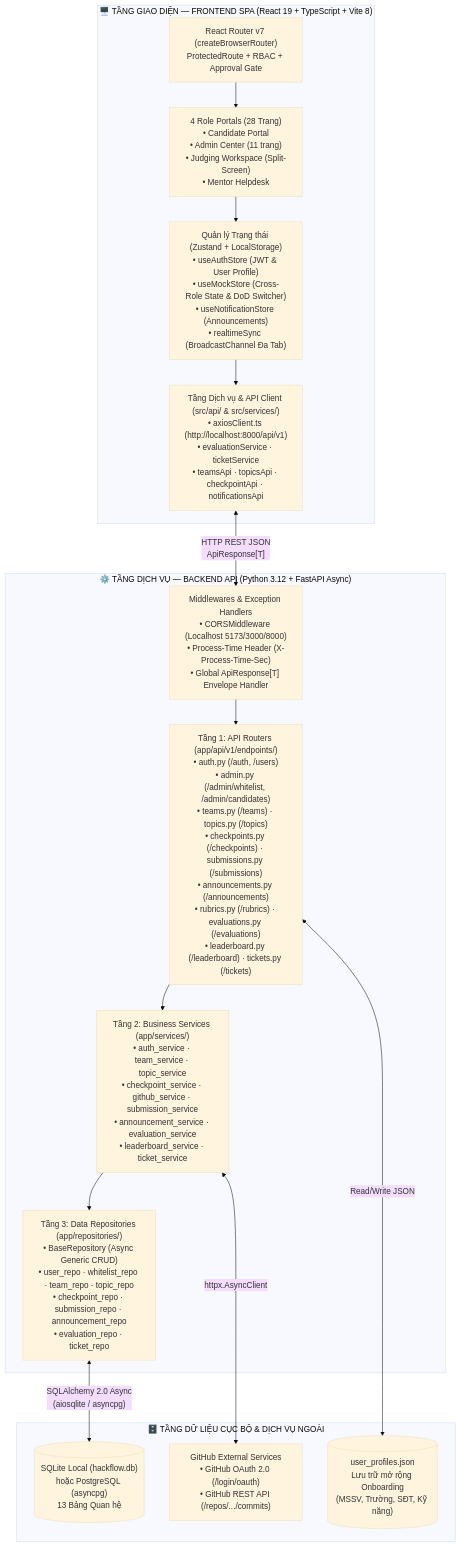
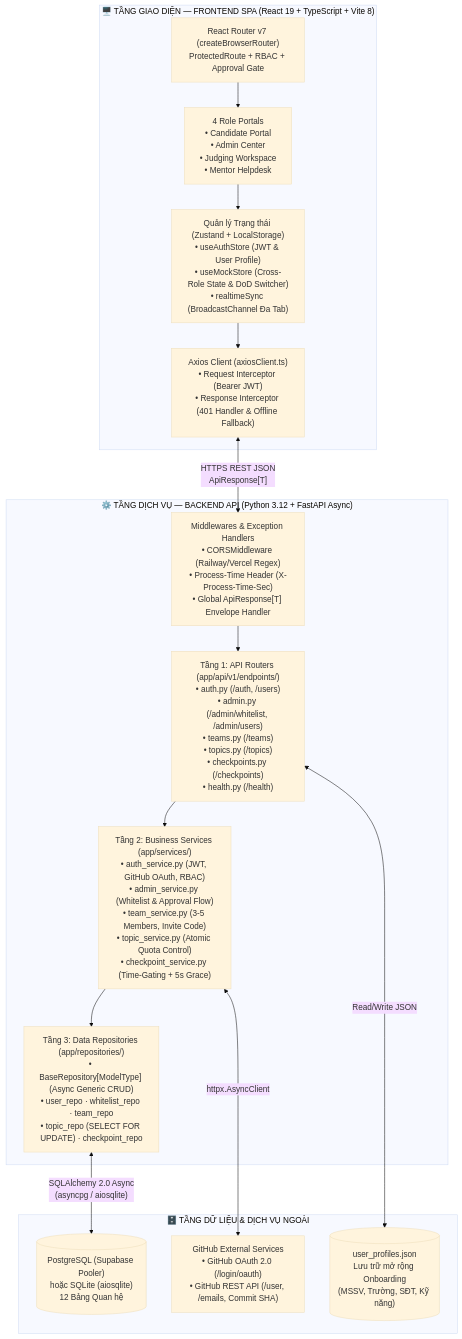
One commit to minhlt6/HackFlow changed the first of 2 diagrams in docs/backend/system-architecture.md. Above: the diagram before and after it, drawn with Mermaid (base theme). The commit also changed other lines of this file and 5 other files, not shown here.

Commit message:
docs(uat,ui-ux): sync HF-38 UAT test cases, UI design system spec, slide deck and update architecture docs

````diff
--- a/docs/backend/system-architecture.md
+++ b/docs/backend/system-architecture.md
@@ -22,29 +22,29 @@
 ```mermaid
 flowchart TB
     subgraph ClientLayer["🖥️ TẦNG GIAO DIỆN — FRONTEND SPA (React 19 + TypeScript + Vite 8)"]
         Router["React Router v7 (createBrowserRouter)\nProtectedRoute + RBAC + Approval Gate"]
-        Portals["4 Role Portals (28 Trang)\n• Candidate Portal\n• Admin Center (11 trang)\n• Judging Workspace (Split-Screen)\n• Mentor Helpdesk"]
-        State["Quản lý Trạng thái (Zustand + LocalStorage)\n• useAuthStore (JWT & User Profile)\n• useMockStore (Cross-Role State & DoD Switcher)\n• useNotificationStore (Announcements)\n• realtimeSync (BroadcastChannel Đa Tab)"]
-        APIClient["Tầng Dịch vụ & API Client (src/api/ & src/services/)\n• axiosClient.ts (http://localhost:8000/api/v1)\n• evaluationService · ticketService\n• teamsApi · topicsApi · checkpointApi · notificationsApi"]
+        Portals["4 Role Portals\n• Candidate Portal\n• Admin Center\n• Judging Workspace\n• Mentor Helpdesk"]
+        State["Quản lý Trạng thái (Zustand + LocalStorage)\n• useAuthStore (JWT & User Profile)\n• useMockStore (Cross-Role State & DoD Switcher)\n• realtimeSync (BroadcastChannel Đa Tab)"]
+        APIClient["Axios Client (axiosClient.ts)\n• Request Interceptor (Bearer JWT)\n• Response Interceptor (401 Handler & Offline Fallback)"]
         Router --> Portals --> State --> APIClient
     end
 
     subgraph BackendLayer["⚙️ TẦNG DỊCH VỤ — BACKEND API (Python 3.12 + FastAPI Async)"]
-        Middleware["Middlewares & Exception Handlers\n• CORSMiddleware (Localhost 5173/3000/8000)\n• Process-Time Header (X-Process-Time-Sec)\n• Global ApiResponse[T] Envelope Handler"]
-        Routers["Tầng 1: API Routers (app/api/v1/endpoints/)\n• auth.py (/auth, /users)\n• admin.py (/admin/whitelist, /admin/candidates)\n• teams.py (/teams) · topics.py (/topics)\n• checkpoints.py (/checkpoints) · submissions.py (/submissions)\n• announcements.py (/announcements)\n• rubrics.py (/rubrics) · evaluations.py (/evaluations)\n• leaderboard.py (/leaderboard) · tickets.py (/tickets)"]
-        Services["Tầng 2: Business Services (app/services/)\n• auth_service · team_service · topic_service\n• checkpoint_service · github_service · submission_service\n• announcement_service · evaluation_service\n• leaderboard_service · ticket_service"]
-        Repos["Tầng 3: Data Repositories (app/repositories/)\n• BaseRepository (Async Generic CRUD)\n• user_repo · whitelist_repo · team_repo · topic_repo\n• checkpoint_repo · submission_repo · announcement_repo\n• evaluation_repo · ticket_repo"]
+        Middleware["Middlewares & Exception Handlers\n• CORSMiddleware (Railway/Vercel Regex)\n• Process-Time Header (X-Process-Time-Sec)\n• Global ApiResponse[T] Envelope Handler"]
+        Routers["Tầng 1: API Routers (app/api/v1/endpoints/)\n• auth.py (/auth, /users)\n• admin.py (/admin/whitelist, /admin/users)\n• teams.py (/teams)\n• topics.py (/topics)\n• checkpoints.py (/checkpoints)\n• health.py (/health)"]
+        Services["Tầng 2: Business Services (app/services/)\n• auth_service.py (JWT, GitHub OAuth, RBAC)\n• admin_service.py (Whitelist & Approval Flow)\n• team_service.py (3-5 Members, Invite Code)\n• topic_service.py (Atomic Quota Control)\n• checkpoint_service.py (Time-Gating + 5s Grace)"]
+        Repos["Tầng 3: Data Repositories (app/repositories/)\n• BaseRepository[ModelType] (Async Generic CRUD)\n• user_repo · whitelist_repo · team_repo\n• topic_repo (SELECT FOR UPDATE) · checkpoint_repo"]
         Middleware --> Routers --> Services --> Repos
     end
 
-    subgraph DataLayer["🗄️ TẦNG DỮ LIỆU CỤC BỘ & DỊCH VỤ NGOÀI"]
-        DB[("SQLite Local (hackflow.db)\nhoặc PostgreSQL (asyncpg)\n13 Bảng Quan hệ")]
+    subgraph DataLayer["🗄️ TẦNG DỮ LIỆU & DỊCH VỤ NGOÀI"]
+        DB[("PostgreSQL (Supabase Pooler)\nhoặc SQLite (aiosqlite)\n12 Bảng Quan hệ")]
         ProfileJSON[("user_profiles.json\nLưu trữ mở rộng Onboarding\n(MSSV, Trường, SĐT, Kỹ năng)")]
-        GitHubAPI["GitHub External Services\n• GitHub OAuth 2.0 (/login/oauth)\n• GitHub REST API (/repos/.../commits)"]
+        GitHubAPI["GitHub External Services\n• GitHub OAuth 2.0 (/login/oauth)\n• GitHub REST API (/user, /emails, Commit SHA)"]
     end
 
-    APIClient <-->|"HTTP REST JSON\nApiResponse[T]"| Middleware
-    Repos <-->|"SQLAlchemy 2.0 Async\n(aiosqlite / asyncpg)"| DB
+    APIClient <-->|"HTTPS REST JSON\nApiResponse[T]"| Middleware
+    Repos <-->|"SQLAlchemy 2.0 Async\n(asyncpg / aiosqlite)"| DB
     Routers <-->|"Read/Write JSON"| ProfileJSON
     Services <-->|"httpx.AsyncClient"| GitHubAPI
 ```
````
